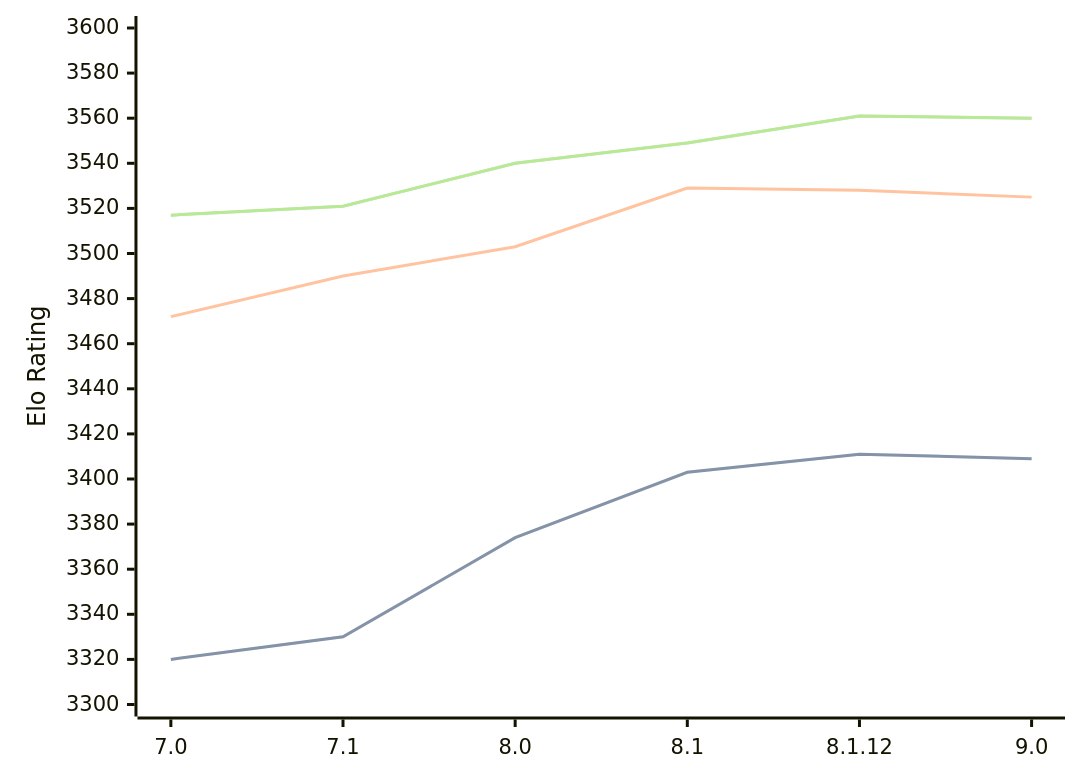
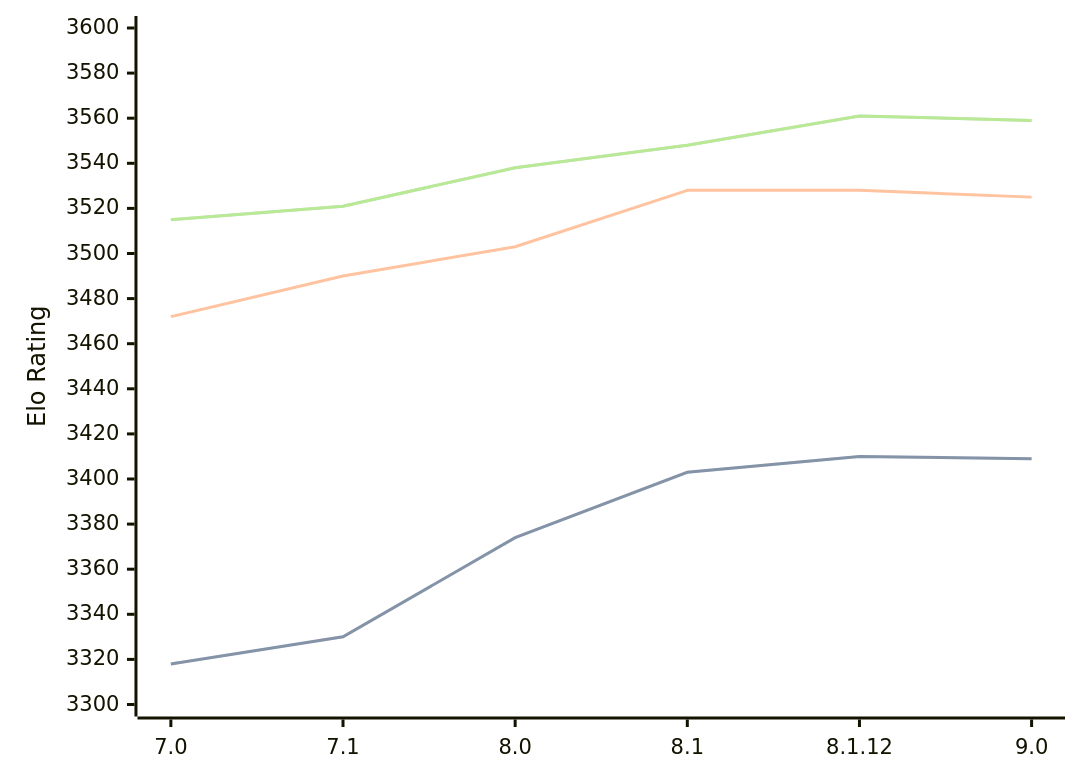
One commit to computer-chess-index/cci changed the diagram in engines/Alexandria.md. Above: the diagram before and after it, drawn with Mermaid. The commit also changed other lines of this file, not shown here.

Commit message:
Update CCI Ratings (ELO VLTC) - 2026-06-12

````diff
--- a/engines/Alexandria.md
+++ b/engines/Alexandria.md
@@ -55,11 +55,11 @@
 ```mermaid
 %%{init: {"theme":"base","themeVariables":{"seriesColors:['#a3a3a3','#222221','#faa371']}}}%%
 xychart-beta
   x-axis ["7.0", "7.1", "8.0", "8.1", "8.1.12", "9.0"]
   y-axis "Elo Rating" 3300 --> 3600
-  line "STC (8.0+0.08s)" [3320, 3330, 3374, 3403, 3411, 3409]
-  line "STC (8.0+0.08s)" [3320, 3330, 3374, 3403, 3411, 3409]
-  line "LTC (60.0+0.60s)" [3472, 3490, 3503, 3529, 3528, 3525]
-  line "VLTC (2m24s+1.12s)" [3517, 3521, 3540, 3549, 3561, 3560]
-  line "VLTC (2m24s+1.12s)" [3517, 3521, 3540, 3549, 3561, 3560]
+  line "STC (8.0+0.08s)" [3318, 3330, 3374, 3403, 3410, 3409]
+  line "STC (8.0+0.08s)" [3318, 3330, 3374, 3403, 3410, 3409]
+  line "LTC (60.0+0.60s)" [3472, 3490, 3503, 3528, 3528, 3525]
+  line "VLTC (2m24s+1.12s)" [3515, 3521, 3538, 3548, 3561, 3559]
+  line "VLTC (2m24s+1.12s)" [3515, 3521, 3538, 3548, 3561, 3559]
 ```
````
